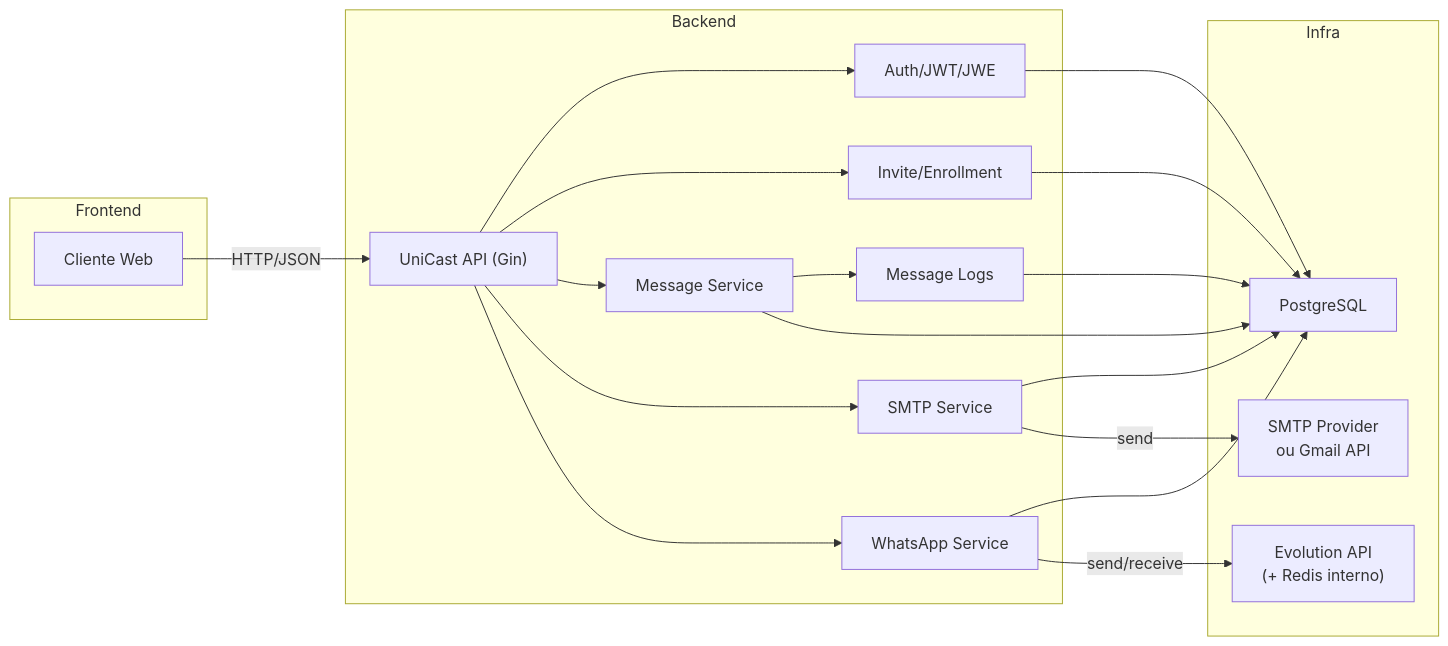
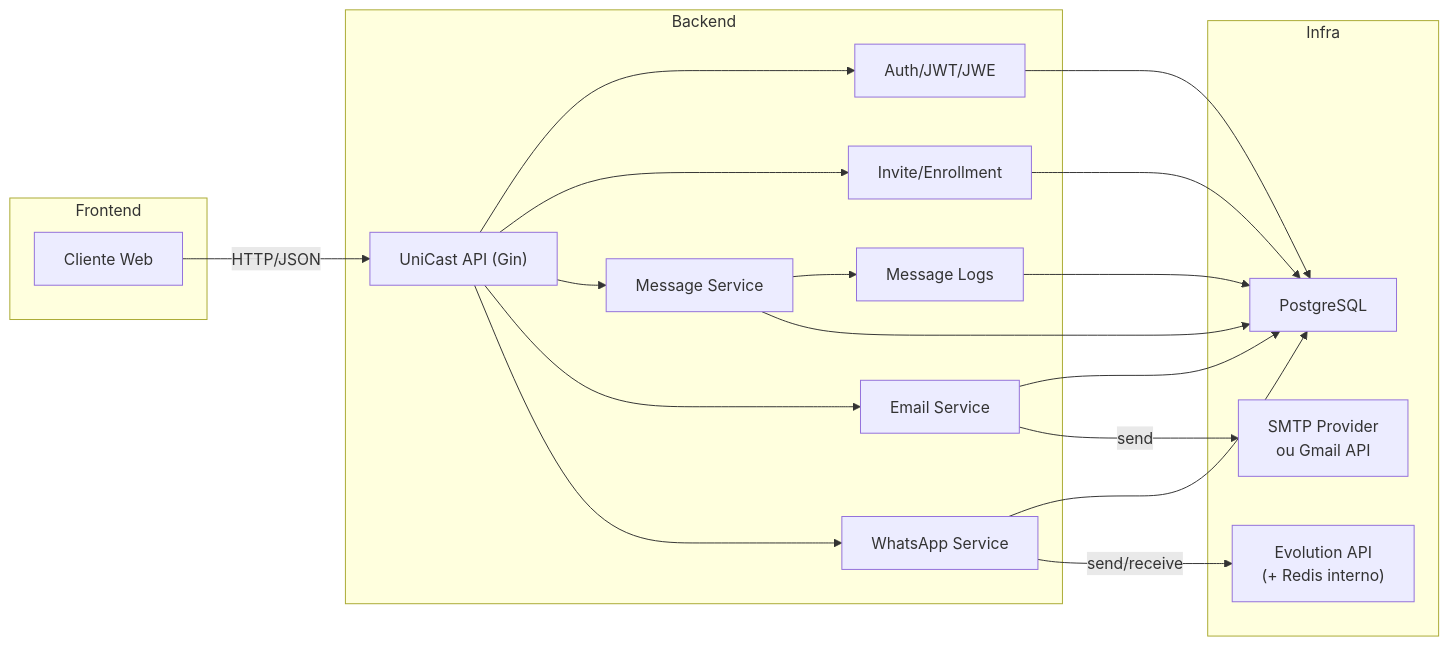
Before and after one commit to ThalysSilva/unicast-backend: the first of 8 diagrams in README.md, drawn with Mermaid. The commit also changed other lines of this file and 25 other files, not shown here.

````diff
--- a/README.md
+++ b/README.md
@@ -106,36 +106,36 @@
 ```mermaid
 flowchart LR
     subgraph Frontend
         FE["Cliente Web"]
     end
     subgraph Backend
         API["UniCast API (Gin)"]
         Auth["Auth/JWT/JWE"]
         Msg["Message Service"]
         Inv["Invite/Enrollment"]
-        SMTP["SMTP Service"]
+        SMTP["Email Service"]
         WA["WhatsApp Service"]
         Log["Message Logs"]
     end
     subgraph Infra
         PG["PostgreSQL"]
         Evo["Evolution API\n(+ Redis interno)"]
         Mail["SMTP Provider\nou Gmail API"]
     end
 
     FE -->|HTTP/JSON| API
     API --> Auth
     API --> Inv
     API --> Msg
     API --> SMTP
     API --> WA
     Msg --> Log
     Auth --> PG
     Inv --> PG
     Msg --> PG
     Log --> PG
     SMTP --> PG
     WA --> PG
     WA -->|send/receive| Evo
     SMTP -->|send| Mail
 ```
````
